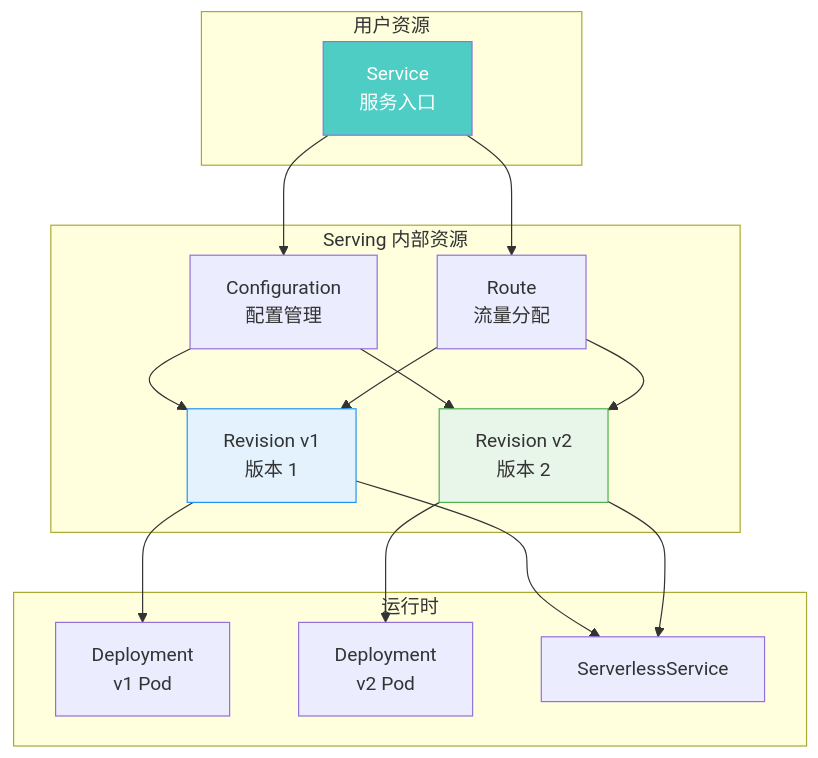
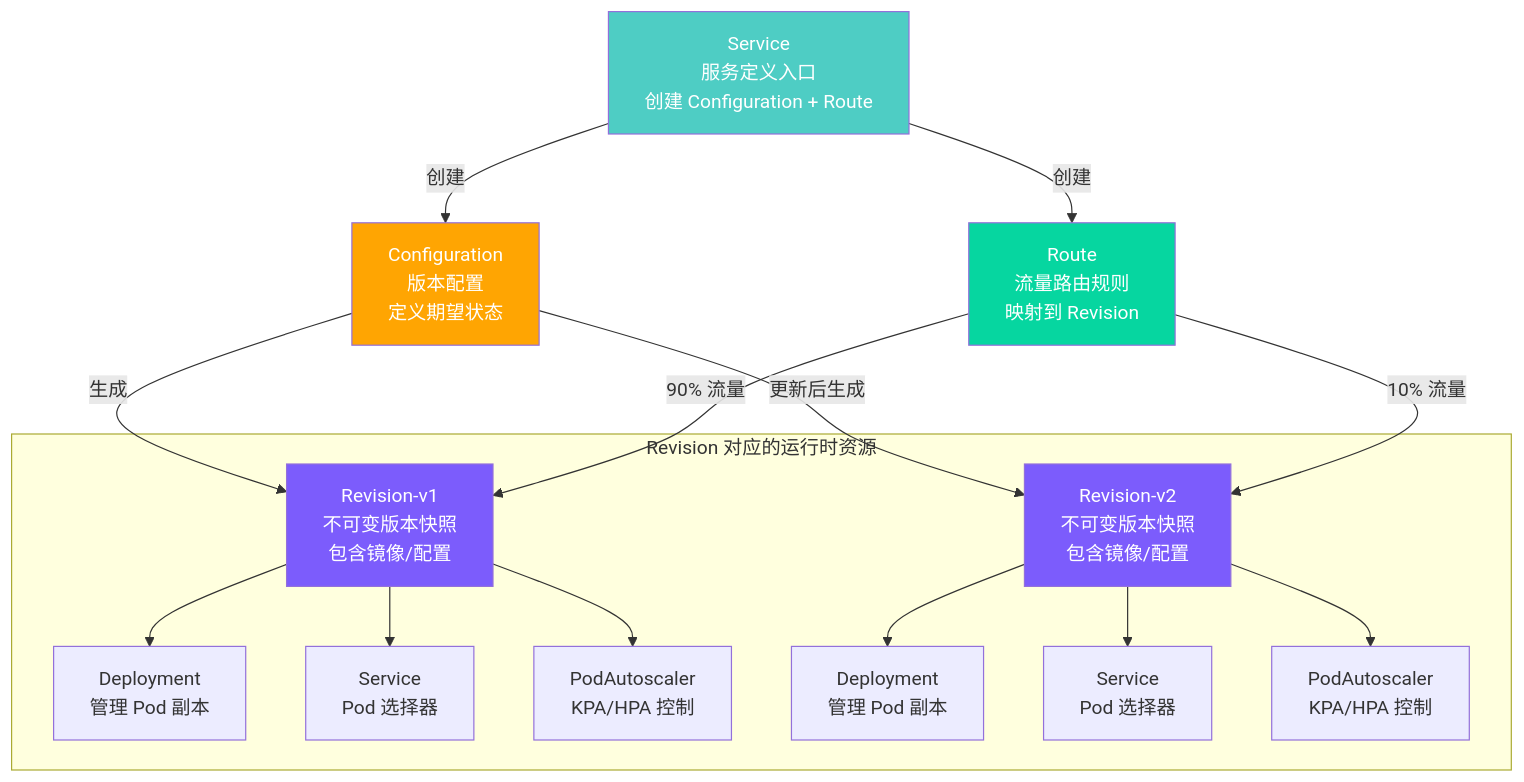
Before and after one commit to moklgydocs/moklgydocs.github.io: the eighth of 23 diagrams in src/运维与部署/Docker_K8s/08_云原生生态/02_Serverless与Knative.md, drawn with Mermaid. The commit also changed other lines of this file and 1 other file, not shown here.

````diff
--- a/src/运维与部署/Docker_K8s/08_云原生生态/02_Serverless与Knative.md
+++ b/src/运维与部署/Docker_K8s/08_云原生生态/02_Serverless与Knative.md
@@ -137,34 +449,31 @@
 ```mermaid
 graph TB
-    subgraph "用户资源"
-        KSVC["Service<br/>服务入口"]
+    KSVC["Service<br/>服务定义入口<br/>创建 Configuration + Route"]
+    CFG["Configuration<br/>版本配置<br/>定义期望状态"]
+    REV1["Revision-v1<br/>不可变版本快照<br/>包含镜像/配置"]
+    REV2["Revision-v2<br/>不可变版本快照<br/>包含镜像/配置"]
+    ROUTE["Route<br/>流量路由规则<br/>映射到 Revision"]
+
+    KSVC -->|"创建"| CFG
+    KSVC -->|"创建"| ROUTE
+    CFG -->|"生成"| REV1
+    CFG -->|"更新后生成"| REV2
+    ROUTE -->|"90% 流量"| REV1
+    ROUTE -->|"10% 流量"| REV2
+
+    subgraph "Revision 对应的运行时资源"
+        REV1 --> DEPLOY1["Deployment<br/>管理 Pod 副本"]
+        REV1 --> SVC1["Service<br/>Pod 选择器"]
+        REV1 --> HPA1["PodAutoscaler<br/>KPA/HPA 控制"]
+
+        REV2 --> DEPLOY2["Deployment<br/>管理 Pod 副本"]
+        REV2 --> SVC2["Service<br/>Pod 选择器"]
+        REV2 --> HPA2["PodAutoscaler<br/>KPA/HPA 控制"]
     end
 
-    subgraph "Serving 内部资源"
-        Route2["Route<br/>流量分配"]
-        Config2["Configuration<br/>配置管理"]
-        Rev1["Revision v1<br/>版本 1"]
-        Rev2["Revision v2<br/>版本 2"]
-    end
-
-    subgraph "运行时"
-        Deploy1["Deployment<br/>v1 Pod"]
-        Deploy2["Deployment<br/>v2 Pod"]
-        SKS2["ServerlessService"]
-    end
-
-    KSVC --> Route2
-    KSVC --> Config2
-    Config2 --> Rev1
-    Config2 --> Rev2
-    Route2 --> Rev1
-    Route2 --> Rev2
-    Rev1 --> Deploy1
-    Rev2 --> Deploy2
-    Rev1 --> SKS2
-    Rev2 --> SKS2
-
     style KSVC fill:#4ecdc4,color:#fff
-    style Rev1 fill:#e3f2fd,stroke:#2196f3
-    style Rev2 fill:#e8f5e9,stroke:#4caf50
+    style CFG fill:#ffa502,color:#fff
+    style REV1 fill:#7c5cfc,color:#fff
+    style REV2 fill:#7c5cfc,color:#fff
+    style ROUTE fill:#06d6a0,color:#fff
 ```
````
